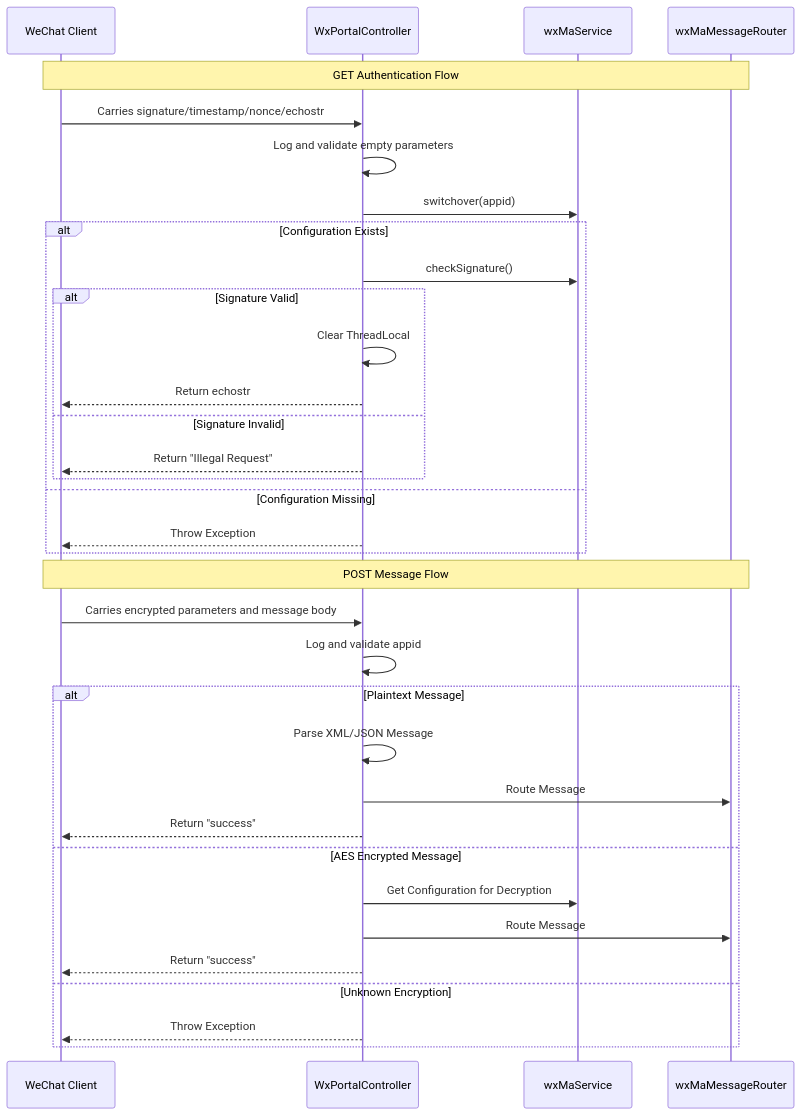
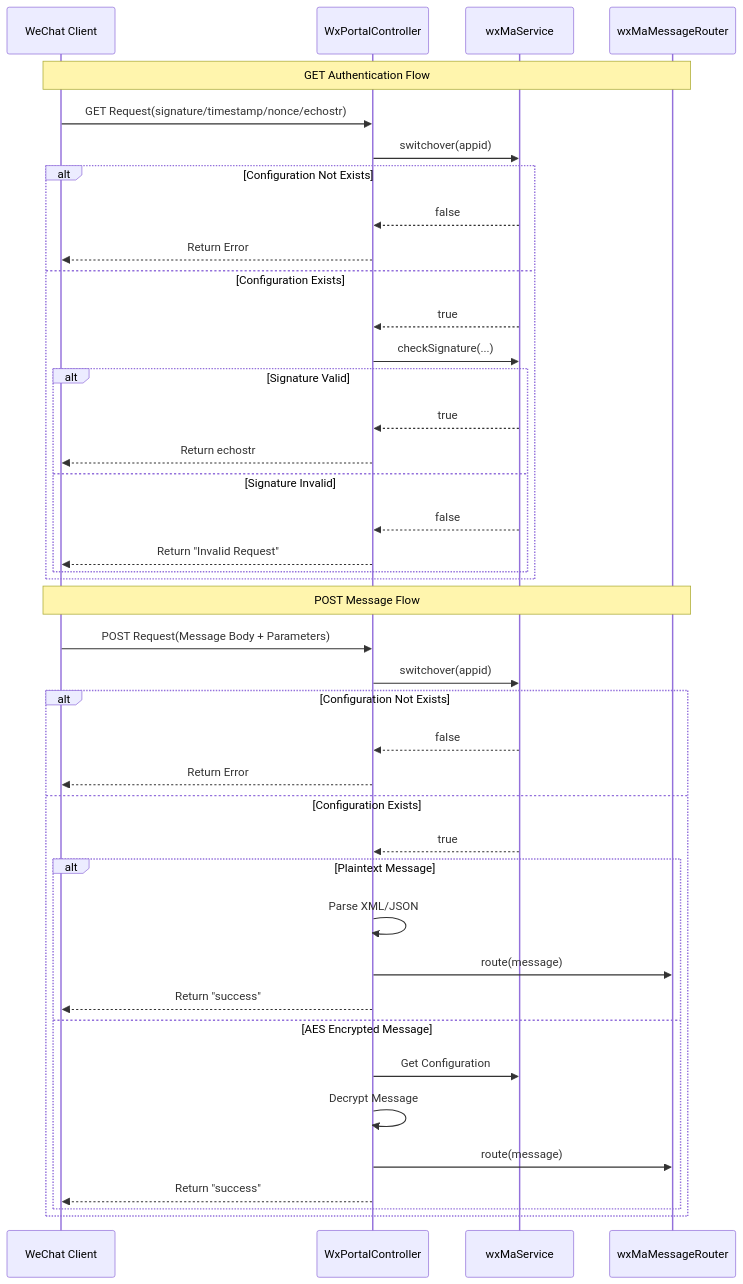
One commit to v-wjrong/rongwj666_weixin-java-miniapp-demo changed the third of 3 diagrams in docs/en/docs/src/main/java/com/github/binarywang/demo/wx/miniapp/controller/WxPortalController.md. Above: the diagram before and after it, drawn with Mermaid. The commit also changed other lines of this file and 42 other files, not shown here.

````diff
--- a/docs/en/docs/src/main/java/com/github/binarywang/demo/wx/miniapp/controller/WxPortalController.md
+++ b/docs/en/docs/src/main/java/com/github/binarywang/demo/wx/miniapp/controller/WxPortalController.md
@@ -111,38 +128,45 @@
 ```mermaid
 sequenceDiagram
     participant Client as WeChat Client
     participant Controller as WxPortalController
     participant Service as wxMaService
     participant Router as wxMaMessageRouter
 
     Note over Client,Router: GET Authentication Flow
-    Client->>Controller: Carries signature/timestamp/nonce/echostr
-    Controller->>Controller: Log and validate empty parameters
+    Client->>Controller: GET Request(signature/timestamp/nonce/echostr)
     Controller->>Service: switchover(appid)
-    alt Configuration Exists
-        Controller->>Service: checkSignature()
+    alt Configuration Not Exists
+        Service-->>Controller: false
+        Controller-->>Client: Return Error
+    else Configuration Exists
+        Service-->>Controller: true
+        Controller->>Service: checkSignature(...)
         alt Signature Valid
-            Controller->>Controller: Clear ThreadLocal
+            Service-->>Controller: true
             Controller-->>Client: Return echostr
         else Signature Invalid
-            Controller-->>Client: Return "Illegal Request"
+            Service-->>Controller: false
+            Controller-->>Client: Return "Invalid Request"
         end
-    else Configuration Missing
-        Controller-->>Client: Throw Exception
     end
 
     Note over Client,Router: POST Message Flow
-    Client->>Controller: Carries encrypted parameters and message body
-    Controller->>Controller: Log and validate appid
-    alt Plaintext Message
-        Controller->>Controller: Parse XML/JSON Message
-        Controller->>Router: Route Message
-        Controller-->>Client: Return "success"
-    else AES Encrypted Message
-        Controller->>Service: Get Configuration for Decryption
-        Controller->>Router: Route Message
-        Controller-->>Client: Return "success"
-    else Unknown Encryption
-        Controller-->>Client: Throw Exception
+    Client->>Controller: POST Request(Message Body + Parameters)
+    Controller->>Service: switchover(appid)
+    alt Configuration Not Exists
+        Service-->>Controller: false
+        Controller-->>Client: Return Error
+    else Configuration Exists
+        Service-->>Controller: true
+        alt Plaintext Message
+            Controller->>Controller: Parse XML/JSON
+            Controller->>Router: route(message)
+            Controller-->>Client: Return "success"
+        else AES Encrypted Message
+            Controller->>Service: Get Configuration
+            Controller->>Controller: Decrypt Message
+            Controller->>Router: route(message)
+            Controller-->>Client: Return "success"
+        end
     end
 ```
````
